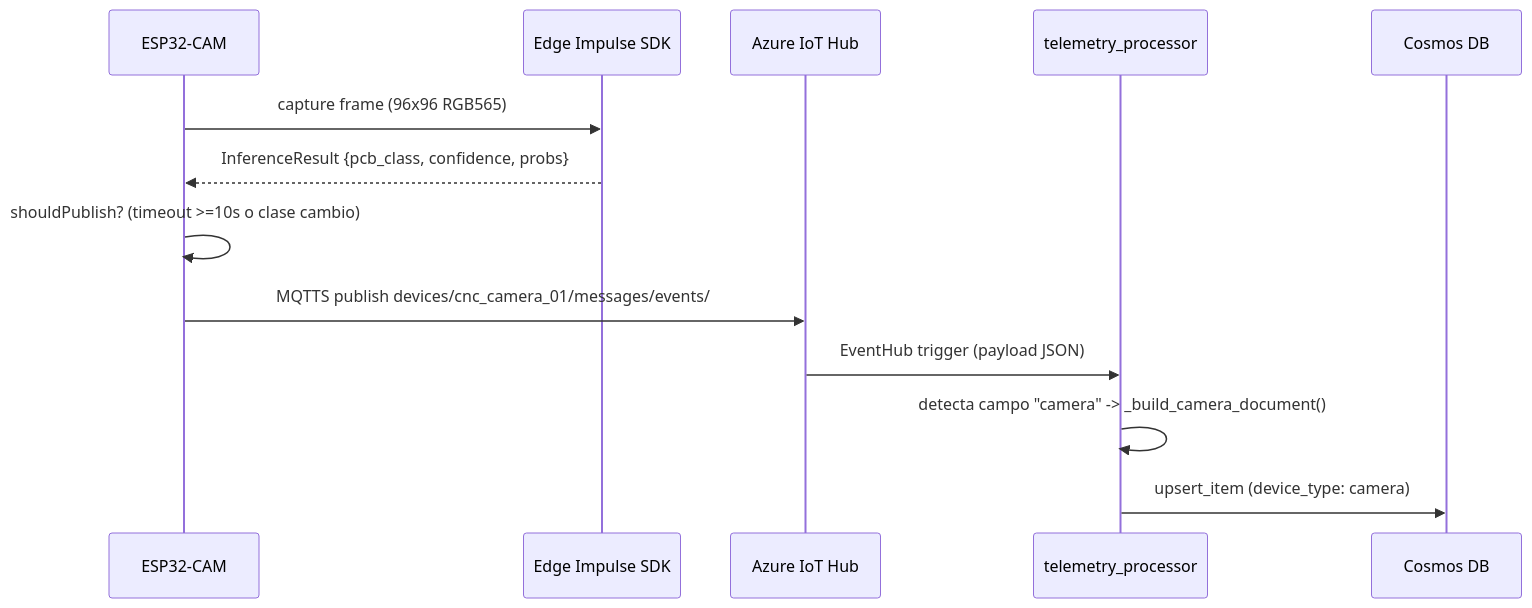
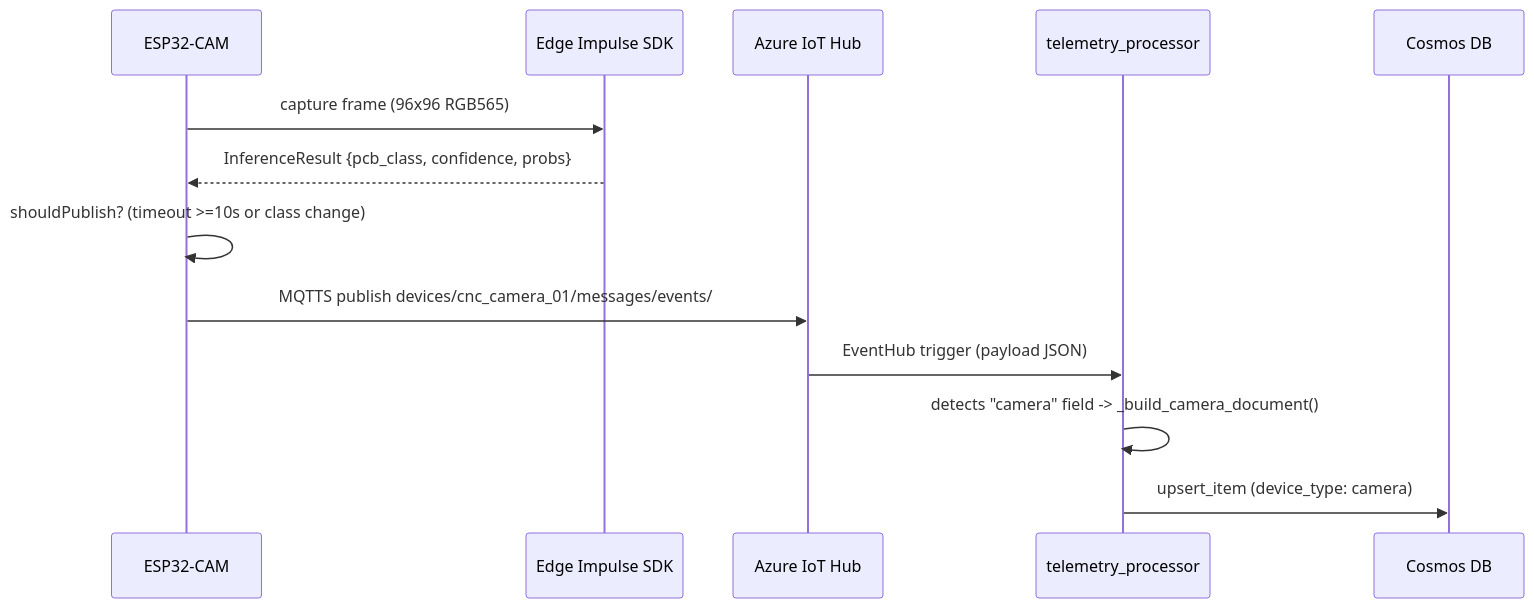
One commit to Deivs117/IoT_CNC_Monitoring changed the second of 3 diagrams in README.md. Above: the diagram before and after it, drawn with Mermaid. The commit also changed other lines of this file, not shown here.

````diff
--- a/README.md
+++ b/README.md
@@ -201,16 +206,17 @@
 ```mermaid
 sequenceDiagram
     participant CAM as ESP32-CAM
     participant EI as Edge Impulse SDK
     participant HUB as Azure IoT Hub
     participant FN as telemetry_processor
     participant DB as Cosmos DB
 
     CAM->>EI: capture frame (96x96 RGB565)
     EI-->>CAM: InferenceResult {pcb_class, confidence, probs}
-    CAM->>CAM: shouldPublish? (timeout >=10s o clase cambio)
+    CAM->>CAM: shouldPublish? (timeout >=10s or class change)
     CAM->>HUB: MQTTS publish devices/cnc_camera_01/messages/events/
     HUB->>FN: EventHub trigger (payload JSON)
-    FN->>FN: detecta campo "camera" -> _build_camera_document()
+    FN->>FN: detects "camera" field -> _build_camera_document()
     FN->>DB: upsert_item (device_type: camera)
+
 ```
````
